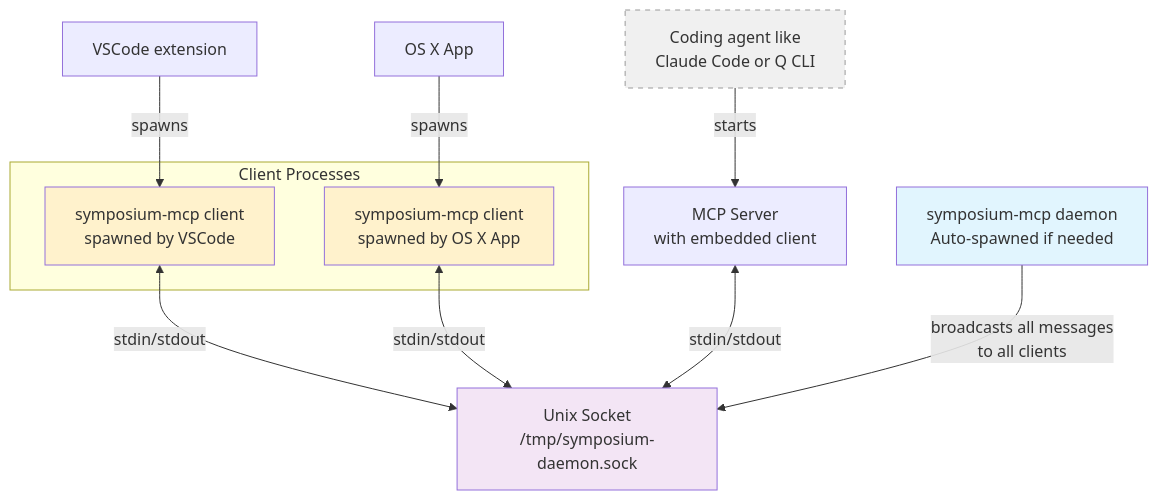
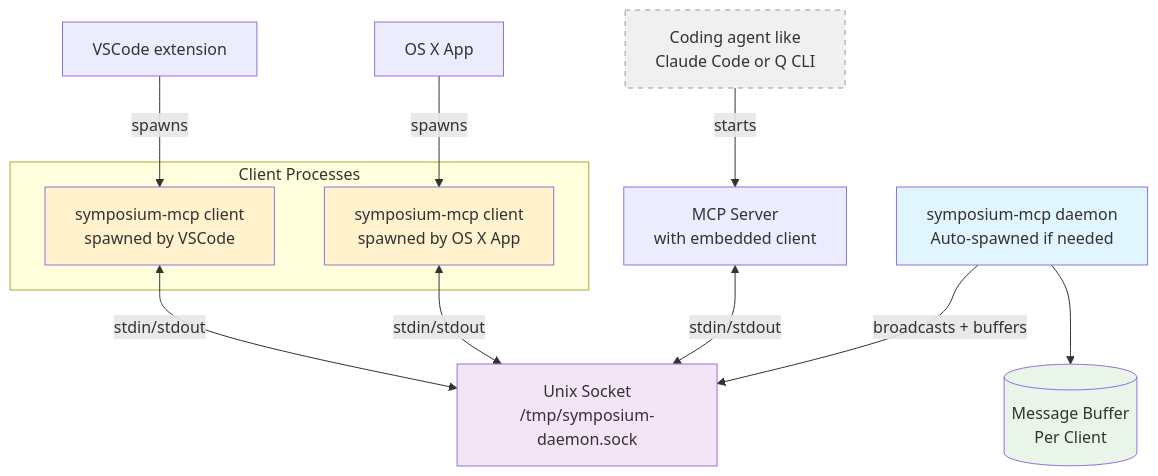
Before and after one commit to socratic-shell/symposium: the diagram in md/design/daemon.md, drawn with Mermaid. The commit also changed other lines of this file and 3 other files, not shown here.

First line of the commit message:
Enhance daemon architecture documentation

````diff
--- a/md/design/daemon.md
+++ b/md/design/daemon.md
@@ -7,31 +7,34 @@
 ```mermaid
 graph TB
     OSX[OS X App]
     MCP[MCP Server<br/>with embedded client]
     EXT[VSCode extension]
     DAEMON[symposium-mcp daemon<br/>Auto-spawned if needed]
     SOCKET[Unix Socket<br>/tmp/symposium-daemon.sock]
     AGENT[Coding agent like<br>Claude Code or Q CLI]
+    BUFFER[(Message Buffer<br/>Per Client)]
     
     subgraph "Client Processes"
         CLIENT2[symposium-mcp client<br/>spawned by OS X App]
         CLIENT1[symposium-mcp client<br/>spawned by VSCode]
     end
     
     EXT -->|spawns| CLIENT1
     OSX -->|spawns| CLIENT2
     
     CLIENT1 <-->|stdin/stdout| SOCKET
     CLIENT2 <-->|stdin/stdout| SOCKET
     MCP <-->|stdin/stdout| SOCKET
 
     AGENT -- starts --> MCP
     
-    DAEMON -->|broadcasts all messages<br/>to all clients| SOCKET
+    DAEMON -->|broadcasts + buffers| SOCKET
+    DAEMON --> BUFFER
     
     style DAEMON fill:#e1f5fe
     style SOCKET fill:#f3e5f5
     style CLIENT1 fill:#fff2cc
     style CLIENT2 fill:#fff2cc
     style AGENT fill:#f0f0f0,stroke:#999,stroke-dasharray: 5 5
+    style BUFFER fill:#e8f5e8
 ```
````
